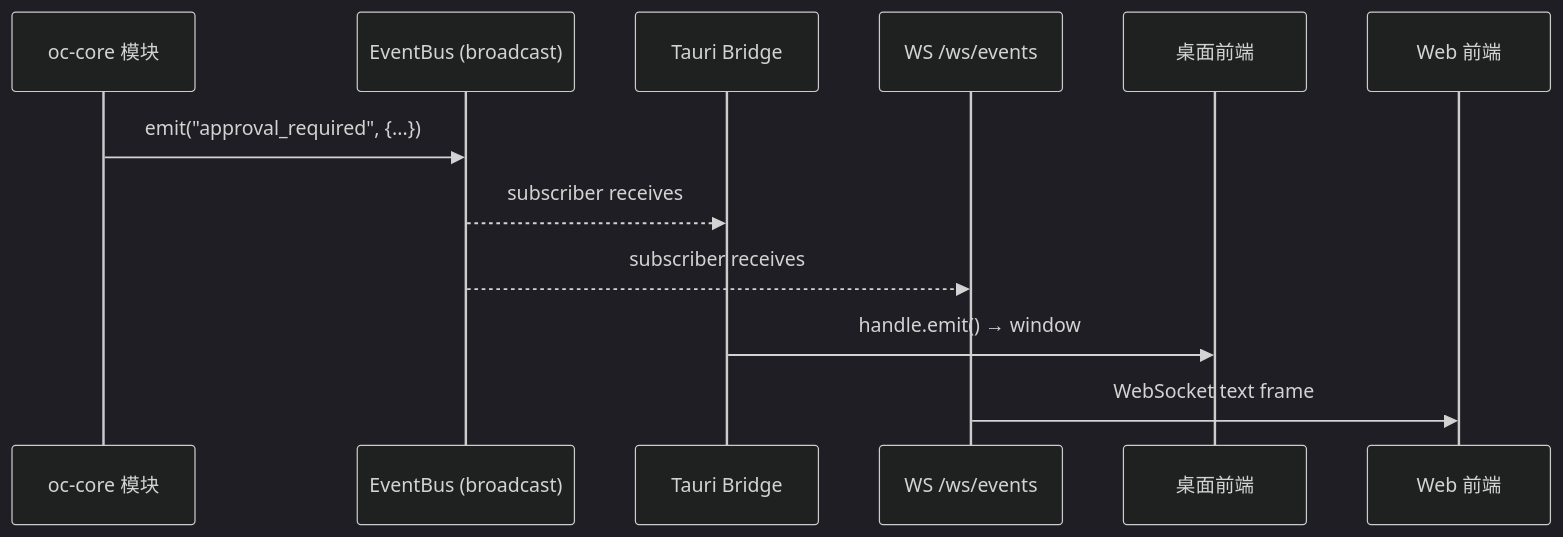
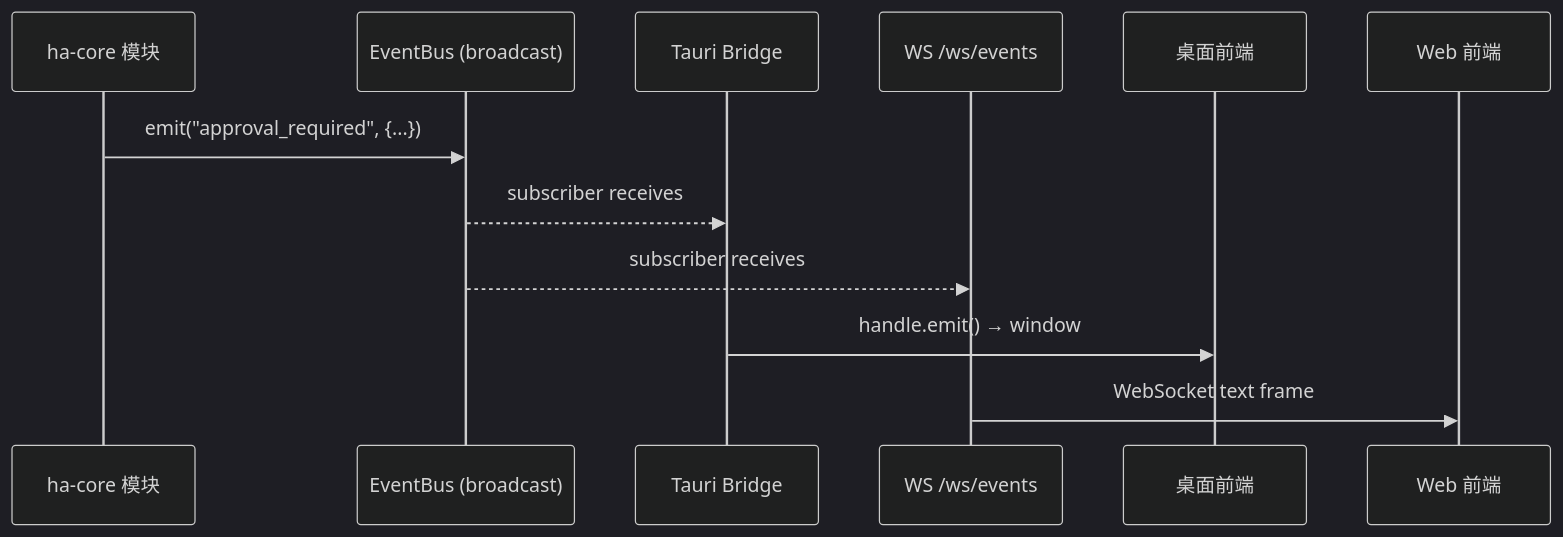
Before and after one commit to shiwenwen/hope-agent: the third of 8 diagrams in docs/architecture/backend-separation.md, drawn with Mermaid (dark theme). The commit also changed other lines of this file and 727 other files, not shown here.

````diff
--- a/docs/architecture/backend-separation.md
+++ b/docs/architecture/backend-separation.md
@@ -187,15 +187,15 @@
 ```mermaid
 sequenceDiagram
-    participant Core as oc-core 模块
+    participant Core as ha-core 模块
     participant Bus as EventBus (broadcast)
     participant Tauri as Tauri Bridge
     participant WS as WS /ws/events
     participant UI_T as 桌面前端
     participant UI_W as Web 前端
 
     Core->>Bus: emit("approval_required", {...})
     Bus-->>Tauri: subscriber receives
     Bus-->>WS: subscriber receives
     Tauri->>UI_T: handle.emit() → window
     WS->>UI_W: WebSocket text frame
 ```
````
